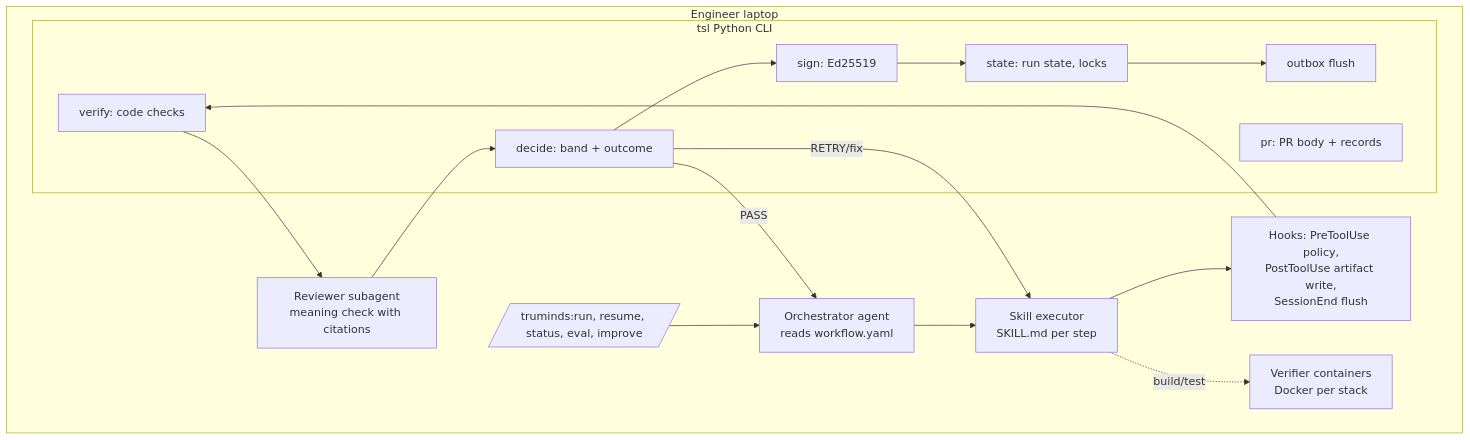
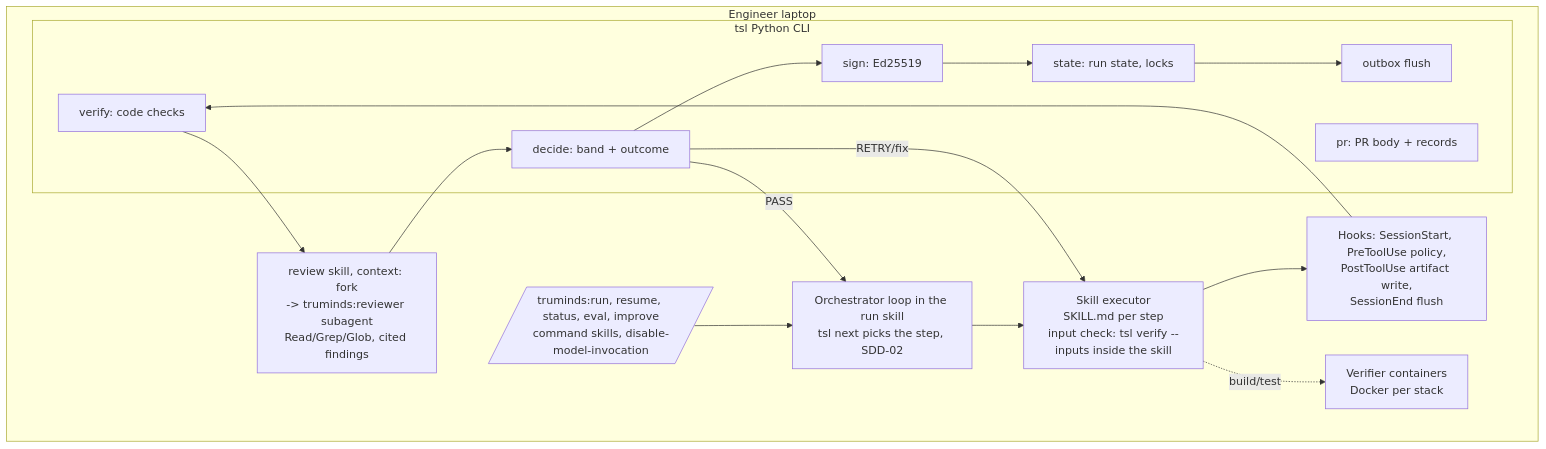
The second of 9 diagrams in docs/architecture/03-architecture.md (puneetsinghnanda/AI-Skill-Library), drawn with Mermaid before and after one commit. The commit also changed other lines of this file and 17 other files, not shown here.

````diff
--- a/docs/architecture/03-architecture.md
+++ b/docs/architecture/03-architecture.md
@@ -62,26 +64,26 @@
 ```mermaid
 flowchart TB
   subgraph Laptop[Engineer laptop]
-    CMD[/truminds:run, resume, status, eval, improve/]
-    ORC[Orchestrator agent\nreads workflow.yaml]
-    SK[Skill executor\nSKILL.md per step]
-    REV[Reviewer subagent\nmeaning check with citations]
+    CMD[/truminds:run, resume, status, eval, improve\ncommand skills, disable-model-invocation/]
+    ORC[Orchestrator loop in the run skill\ntsl next picks the step, SDD-02]
+    SK[Skill executor\nSKILL.md per step\ninput check: tsl verify --inputs inside the skill]
+    REV[review skill, context: fork\n-> truminds:reviewer subagent\nRead/Grep/Glob, cited findings]
     subgraph TSL[tsl Python CLI]
       V[verify: code checks]
       D[decide: band + outcome]
       ST[state: run state, locks]
       PR[pr: PR body + records]
       SG[sign: Ed25519]
       OB[outbox flush]
     end
-    HK[Hooks: PreToolUse policy,\nPostToolUse artifact write,\nSessionEnd flush]
+    HK[Hooks: SessionStart, PreToolUse policy,\nPostToolUse artifact write,\nSessionEnd flush]
     VC[Verifier containers\nDocker per stack]
   end
   CMD --> ORC --> SK --> HK --> V
   V --> REV --> D
   D -- RETRY/fix --> SK
   D -- PASS --> ORC
   SK -. build/test .-> VC
   D --> SG --> ST
   ST --> OB
 ```
````
